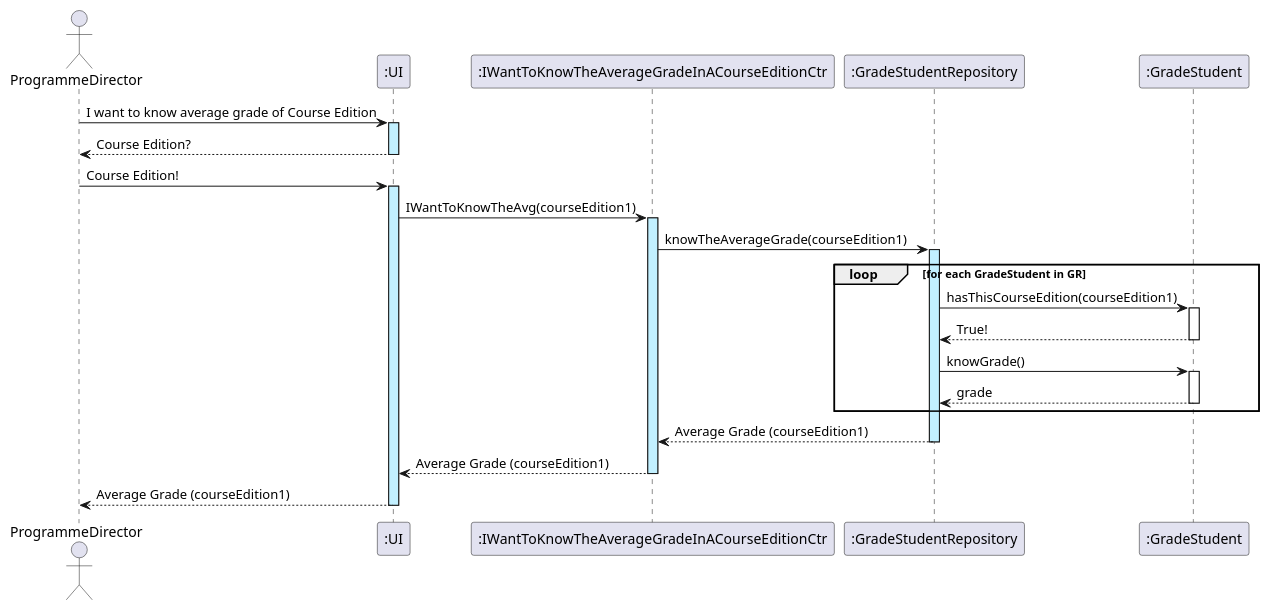
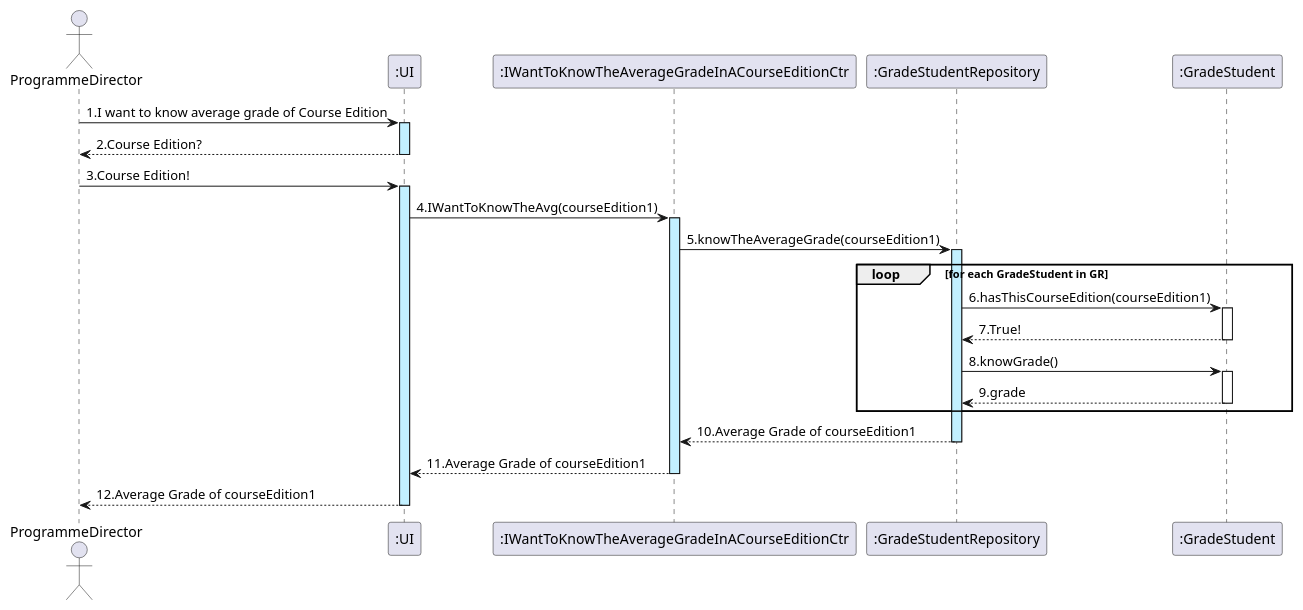
The diagram in docs/US25/US25_knowTheAverageGradeInACourseEditionSD.puml (GasparISEP/DevOps-PAI), drawn with PlantUML before and after one commit.

Commit message:
Updated US25 SD

```diff
--- a/docs/US25/US25_knowTheAverageGradeInACourseEditionSD.puml
+++ b/docs/US25/US25_knowTheAverageGradeInACourseEditionSD.puml
@@ -1,34 +1,34 @@
 @startuml
 actor ProgrammeDirector
 participant ":UI" as UI
 participant ":IWantToKnowTheAverageGradeInACourseEditionCtr" as KA
 participant ":GradeStudentRepository" as GR
 participant ":GradeStudent" as GradeStudent
 
 
-ProgrammeDirector -> UI ++ #application: I want to know average grade of Course Edition
-UI --> ProgrammeDirector -- : Course Edition?
-ProgrammeDirector -> UI ++ #application: Course Edition!
-UI -> KA ++ #application : IWantToKnowTheAvg(courseEdition1)
-KA -> GR ++ #application : knowTheAverageGrade(courseEdition1)
+ProgrammeDirector -> UI ++ #application: 1.I want to know average grade of Course Edition
+UI --> ProgrammeDirector -- : 2.Course Edition?
+ProgrammeDirector -> UI ++ #application: 3.Course Edition!
+UI -> KA ++ #application : 4.IWantToKnowTheAvg(courseEdition1)
+KA -> GR ++ #application : 5.knowTheAverageGrade(courseEdition1)
 
 
 
 loop for each GradeStudent in GR
-    GR -> GradeStudent : hasThisCourseEdition(courseEdition1)
+    GR -> GradeStudent : 6.hasThisCourseEdition(courseEdition1)
     activate GradeStudent
-    GradeStudent --> GR : True!
+    GradeStudent --> GR : 7.True!
     deactivate GradeStudent
 
-    GR -> GradeStudent : knowGrade()
+    GR -> GradeStudent : 8.knowGrade()
     activate GradeStudent
-    GradeStudent --> GR : grade
+    GradeStudent --> GR : 9.grade
     deactivate GradeStudent
 end
 
 
-GR --> KA --: Average Grade (courseEdition1)
-KA --> UI --: Average Grade (courseEdition1)
-UI --> ProgrammeDirector --: Average Grade (courseEdition1)
+GR --> KA --: 10.Average Grade of courseEdition1
+KA --> UI --: 11.Average Grade of courseEdition1
+UI --> ProgrammeDirector --: 12.Average Grade of courseEdition1
 
 @enduml
```
